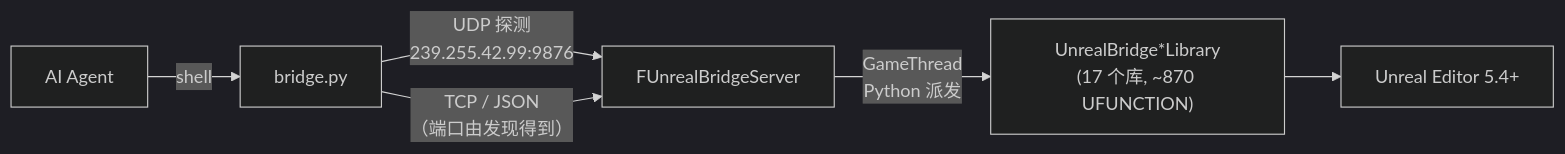
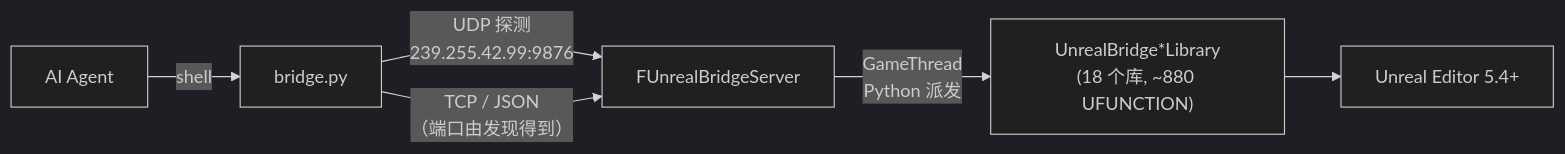
The diagram in README.zh-CN.md (Jeffreytsai1004/UnrealBridge), drawn with Mermaid (dark theme) before and after one commit. The commit also changed other lines of this file and 1 other file, not shown here.

First line of the commit message:
docs(readme): add UnrealBridgePropertyLibrary row + bump counts to 18 / 876

````diff
--- a/README.zh-CN.md
+++ b/README.zh-CN.md
@@ -53,14 +53,14 @@
 ```mermaid
 flowchart LR
     Agent["AI Agent"]
     CLI["bridge.py"]
     Server["FUnrealBridgeServer"]
-    Libs["UnrealBridge*Library<br/>(17 个库, ~870 UFUNCTION)"]
+    Libs["UnrealBridge*Library<br/>(18 个库, ~880 UFUNCTION)"]
     UE["Unreal Editor 5.4+"]
 
     Agent -- "shell" --> CLI
     CLI -- "UDP 探测<br/>239.255.42.99:9876" --> Server
     CLI -- "TCP / JSON<br/>（端口由发现得到）" --> Server
     Server -- "GameThread<br/>Python 派发" --> Libs
     Libs --> UE
 ```
````
